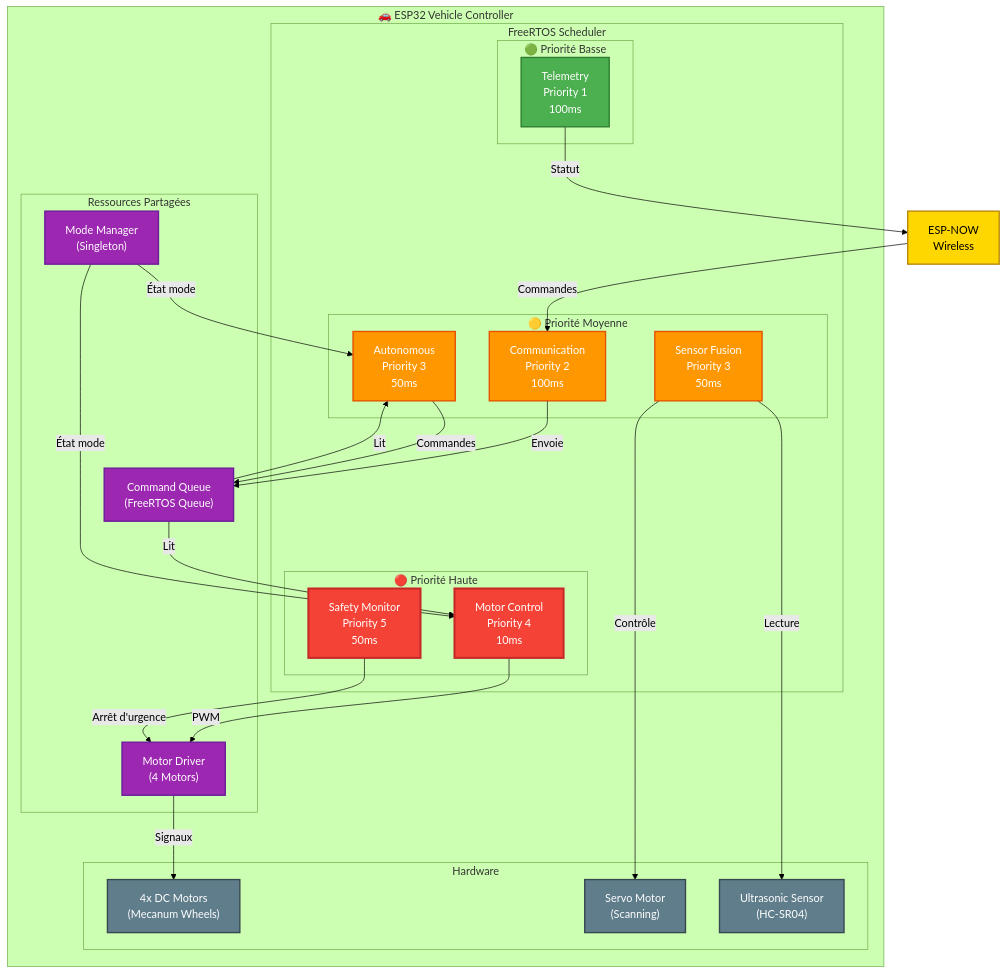
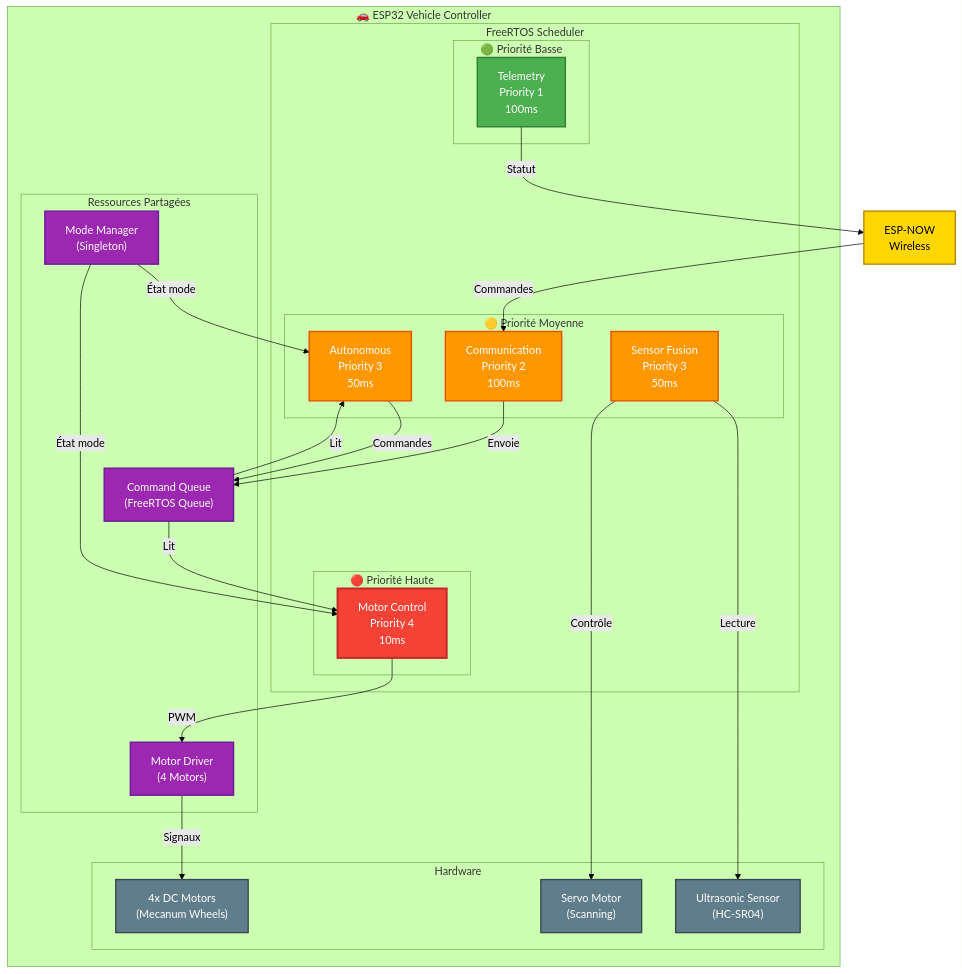
The second of 16 diagrams in docs/architecture.md (Yaniv23/final-project-gesture-car), drawn with Mermaid (forest theme) before and after one commit. The commit also changed other lines of this file and 38 other files, not shown here.

````diff
--- a/docs/architecture.md
+++ b/docs/architecture.md
@@ -97,63 +97,61 @@
 ```mermaid
 graph TB
     subgraph VehicleController["🚗 ESP32 Vehicle Controller"]
         subgraph FreeRTOS["FreeRTOS Scheduler"]
             subgraph HighPriority["🔴 Priorité Haute"]
-                SafetyMonitor["Safety Monitor<br/>Priority 5<br/>50ms"]
                 MotorControl["Motor Control<br/>Priority 4<br/>10ms"]
             end
             
             subgraph MediumPriority["🟡 Priorité Moyenne"]
                 SensorFusion["Sensor Fusion<br/>Priority 3<br/>50ms"]
                 Autonomous["Autonomous<br/>Priority 3<br/>50ms"]
                 Communication["Communication<br/>Priority 2<br/>100ms"]
             end
             
             subgraph LowPriority["🟢 Priorité Basse"]
                 Telemetry["Telemetry<br/>Priority 1<br/>100ms"]
             end
         end
         
         subgraph SharedResources["Ressources Partagées"]
             CommandQueue["Command Queue<br/>(FreeRTOS Queue)"]
             ModeManager["Mode Manager<br/>(Singleton)"]
             MotorDriver["Motor Driver<br/>(4 Motors)"]
         end
         
         subgraph Hardware["Hardware"]
             Motors["4x DC Motors<br/>(Mecanum Wheels)"]
             Servo["Servo Motor<br/>(Scanning)"]
             Ultrasonic["Ultrasonic Sensor<br/>(HC-SR04)"]
         end
     end
     
     ESPNOW["ESP-NOW<br/>Wireless"]
     
     ESPNOW -->|"Commandes"| Communication
     Communication -->|"Envoie"| CommandQueue
     CommandQueue -->|"Lit"| MotorControl
     CommandQueue -->|"Lit"| Autonomous
     ModeManager -->|"État mode"| MotorControl
     ModeManager -->|"État mode"| Autonomous
     MotorControl -->|"PWM"| MotorDriver
     Autonomous -->|"Commandes"| CommandQueue
     SensorFusion -->|"Lecture"| Ultrasonic
     SensorFusion -->|"Contrôle"| Servo
-    SafetyMonitor -->|"Arrêt d'urgence"| MotorDriver
     MotorDriver -->|"Signaux"| Motors
     Telemetry -->|"Statut"| ESPNOW
     
     classDef highPriority fill:#F44336,stroke:#C62828,stroke-width:3px,color:#fff
     classDef mediumPriority fill:#FF9800,stroke:#E65100,stroke-width:2px,color:#fff
     classDef lowPriority fill:#4CAF50,stroke:#2E7D32,stroke-width:2px,color:#fff
     classDef shared fill:#9C27B0,stroke:#6A1B9A,stroke-width:2px,color:#fff
     classDef hardware fill:#607D8B,stroke:#37474F,stroke-width:2px,color:#fff
     classDef comm fill:#FFD700,stroke:#B8860B,stroke-width:2px,color:#000
     
-    class SafetyMonitor,MotorControl highPriority
+    class MotorControl highPriority
     class SensorFusion,Autonomous,Communication mediumPriority
     class Telemetry lowPriority
     class CommandQueue,ModeManager,MotorDriver shared
     class Motors,Servo,Ultrasonic hardware
     class ESPNOW comm
 ```
````
